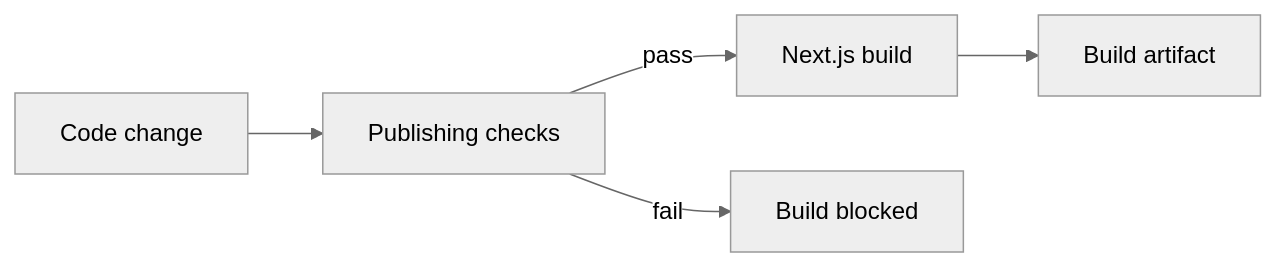
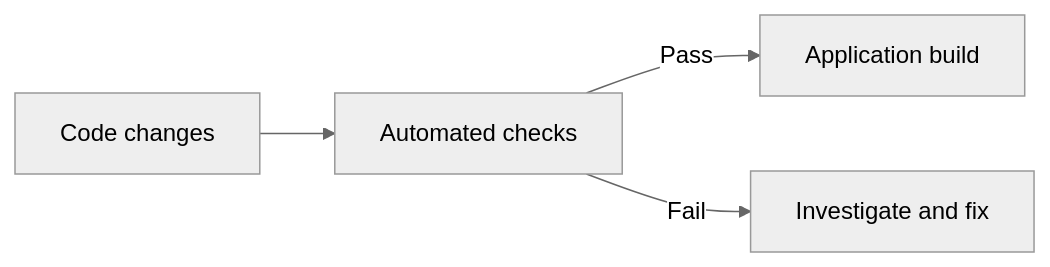
The diagram in portfolio/case-studies/quality-and-testing.md (Abi0l9/Abi0l9), drawn with Mermaid (neutral theme) before and after one commit. The commit also changed other lines of this file, not shown here.

````diff
--- a/portfolio/case-studies/quality-and-testing.md
+++ b/portfolio/case-studies/quality-and-testing.md
@@ -15,7 +11,6 @@
 ```mermaid
 flowchart LR
-  C["Code change"] --> T["Publishing checks"]
-  T -->|pass| B["Next.js build"]
-  T -->|fail| F["Build blocked"]
-  B --> R["Build artifact"]
+  C["Code changes"] --> T["Automated checks"]
+  T -->|Pass| B["Application build"]
+  T -->|Fail| F["Investigate and fix"]
 ```
````
